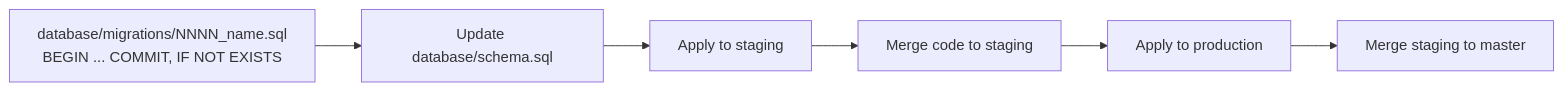
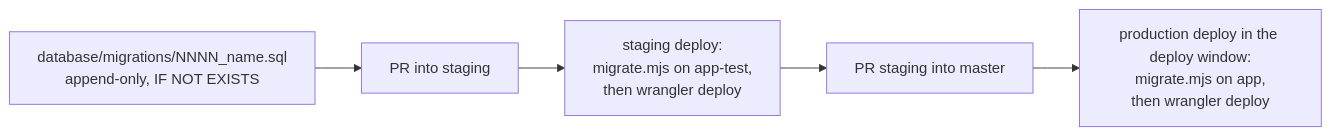
One commit to Improve-To-Grow/MUSUBI changed the third of 3 diagrams in src/templates/shared/steering/rules/itg/data.md. Above: the diagram before and after it, drawn with Mermaid. The commit also changed other lines of this file and 57 other files, not shown here.

````diff
--- a/src/templates/shared/steering/rules/itg/data.md
+++ b/src/templates/shared/steering/rules/itg/data.md
@@ -45,8 +45,7 @@
 ```mermaid
 flowchart LR
-    M[database/migrations/NNNN_name.sql<br/>BEGIN ... COMMIT, IF NOT EXISTS] --> SCH[Update database/schema.sql]
-    SCH --> ST[Apply to staging]
-    ST --> MS[Merge code to staging]
-    MS --> PR[Apply to production]
-    PR --> MM[Merge staging to master]
+    M[database/migrations/NNNN_name.sql<br/>append-only, IF NOT EXISTS] --> PRS[PR into staging]
+    PRS --> DS[staging deploy:<br/>migrate.mjs on app-test,<br/>then wrangler deploy]
+    DS --> PRM[PR staging into master]
+    PRM --> DP[production deploy in the deploy window:<br/>migrate.mjs on app,<br/>then wrangler deploy]
 ```
````
